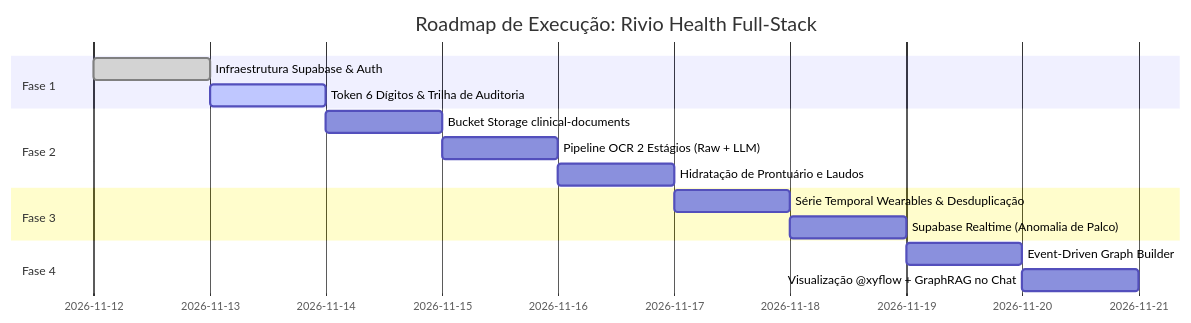
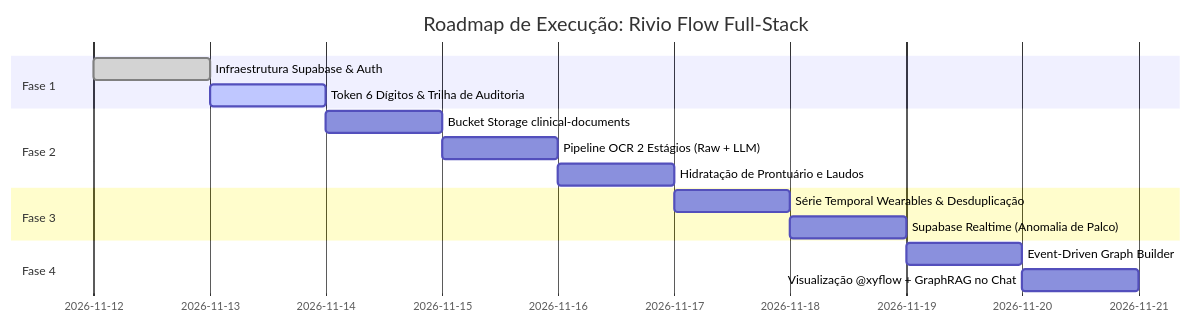
Before and after one commit to cdovaz/hackathon-lepoli-monashees: the third of 3 diagrams in docs/arquitetura-do-sistema.md, drawn with Mermaid. The commit also changed other lines of this file and 12 other files, not shown here.

Commit message:
chore(branding): atualizar todas as mencoes do nome do aplicativo para Rivio Flow

````diff
--- a/docs/arquitetura-do-sistema.md
+++ b/docs/arquitetura-do-sistema.md
@@ -125,18 +125,18 @@
 ```mermaid
 gantt
-    title Roadmap de Execução: Rivio Health Full-Stack
+    title Roadmap de Execução: Rivio Flow Full-Stack
     dateFormat  YYYY-MM-DD
     section Fase 1
     Infraestrutura Supabase & Auth           :done, f1_1, 2026-11-12, 1d
     Token 6 Dígitos & Trilha de Auditoria    :active, f1_2, after f1_1, 1d
     section Fase 2
     Bucket Storage clinical-documents        :f2_1, after f1_2, 1d
     Pipeline OCR 2 Estágios (Raw + LLM)      :f2_2, after f2_1, 1d
     Hidratação de Prontuário e Laudos        :f2_3, after f2_2, 1d
     section Fase 3
     Série Temporal Wearables & Desduplicação :f3_1, after f2_3, 1d
     Supabase Realtime (Anomalia de Palco)    :f3_2, after f3_1, 1d
     section Fase 4
     Event-Driven Graph Builder               :f4_1, after f3_2, 1d
     Visualização @xyflow + GraphRAG no Chat :f4_2, after f4_1, 1d
 ```
````
